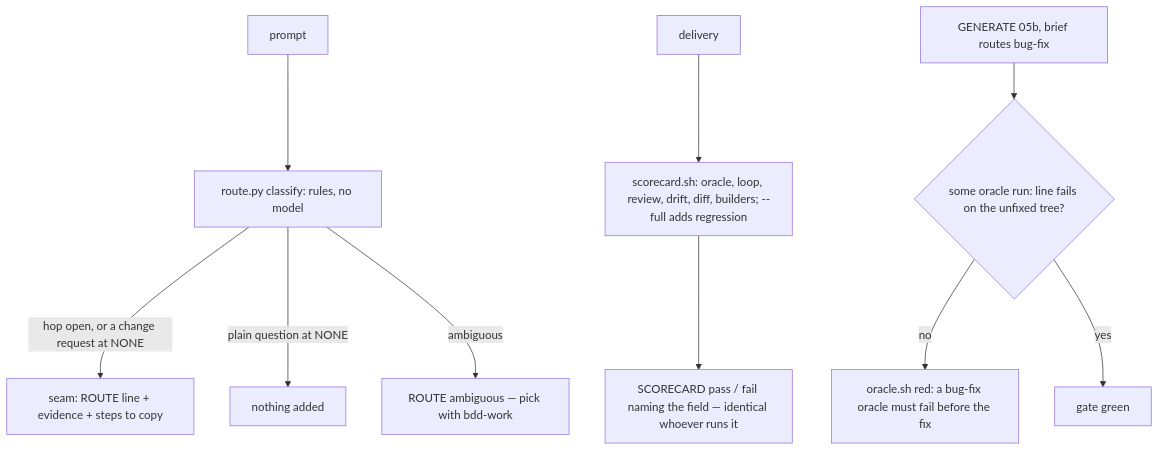
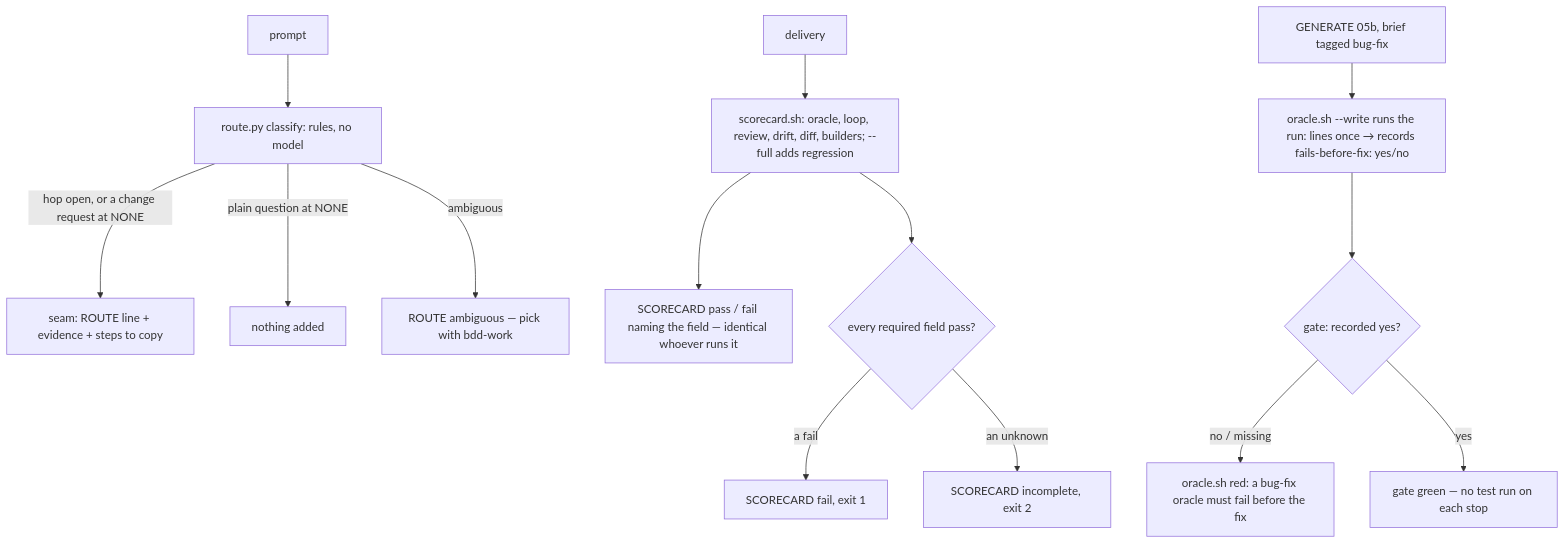
The second of 2 diagrams in docs/cascade/05b-t91-scorecard-routing.md (kadaluarsa/barbaric-driven-development), drawn with Mermaid before and after one commit. The commit also changed other lines of this file and 4 other files, not shown here.

````diff
--- a/docs/cascade/05b-t91-scorecard-routing.md
+++ b/docs/cascade/05b-t91-scorecard-routing.md
@@ -39,12 +39,16 @@
 ```mermaid
 flowchart TD
   P[prompt] --> C[route.py classify: rules, no model]
   C -->|hop open, or a change request at NONE| L[seam: ROUTE line + evidence + steps to copy]
   C -->|plain question at NONE| N[nothing added]
   C -->|ambiguous| A[ROUTE ambiguous — pick with bdd-work]
   D[delivery] --> S[scorecard.sh: oracle, loop, review, drift, diff, builders; --full adds regression]
   S --> V[SCORECARD pass / fail naming the field — identical whoever runs it]
-  G[GENERATE 05b, brief routes bug-fix] --> O{some oracle run: line fails on the unfixed tree?}
-  O -->|no| R2[oracle.sh red: a bug-fix oracle must fail before the fix]
-  O -->|yes| OK[gate green]
+  G[GENERATE 05b, brief tagged bug-fix] --> W[oracle.sh --write runs the run: lines once → records fails-before-fix: yes/no]
+  W --> O{gate: recorded yes?}
+  O -->|no / missing| R2[oracle.sh red: a bug-fix oracle must fail before the fix]
+  O -->|yes| OK[gate green — no test run on each stop]
+  S --> V2{every required field pass?}
+  V2 -->|a fail| F[SCORECARD fail, exit 1]
+  V2 -->|an unknown| I[SCORECARD incomplete, exit 2]
 ```
````
